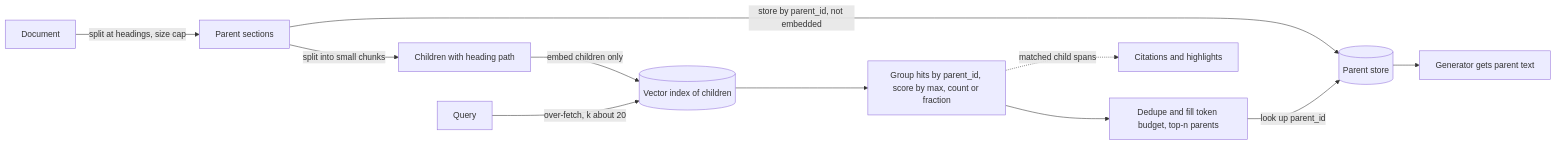
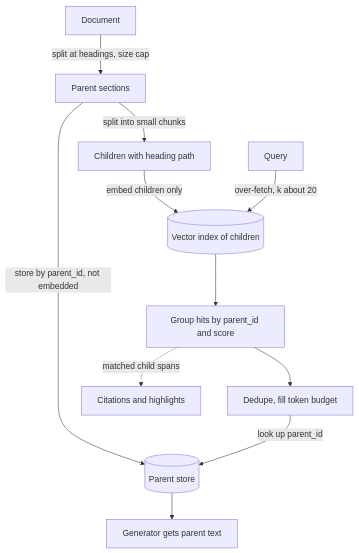
The diagram in content/rag-retrieval/parent-document-retrieval.md (lovishmahajan97/agentic-learning), drawn with Mermaid before and after one commit. The commit also changed other lines of this file and 278 other files, not shown here.

````diff
--- a/content/rag-retrieval/parent-document-retrieval.md
+++ b/content/rag-retrieval/parent-document-retrieval.md
@@ -106,13 +106,13 @@
 ```mermaid
-flowchart LR
+flowchart TD
     D["Document"] -->|"split at headings, size cap"| P["Parent sections"]
     P -->|"split into small chunks"| C["Children with heading path"]
     C -->|"embed children only"| V[("Vector index of children")]
     P -->|"store by parent_id, not embedded"| KV[("Parent store")]
     Q["Query"] -->|"over-fetch, k about 20"| V
-    V --> G["Group hits by parent_id, score by max, count or fraction"]
-    G --> B["Dedupe and fill token budget, top-n parents"]
+    V --> G["Group hits by parent_id and score"]
+    G --> B["Dedupe, fill token budget"]
     B -->|"look up parent_id"| KV
     KV --> GEN["Generator gets parent text"]
     G -.->|"matched child spans"| CIT["Citations and highlights"]
 ```
````
